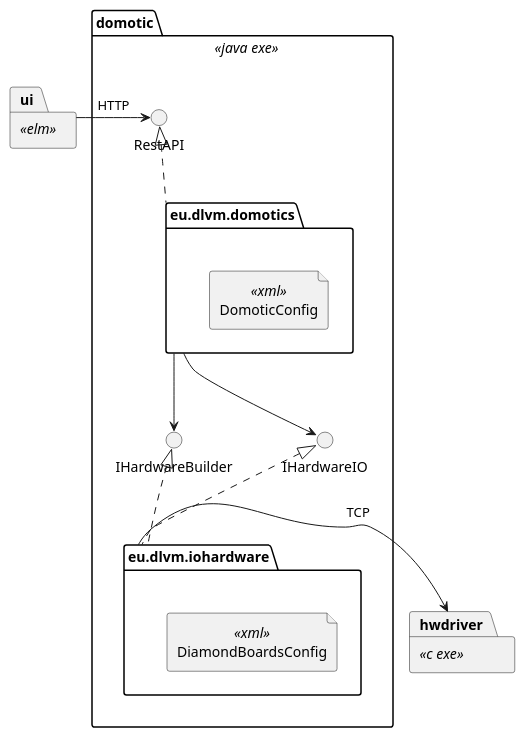
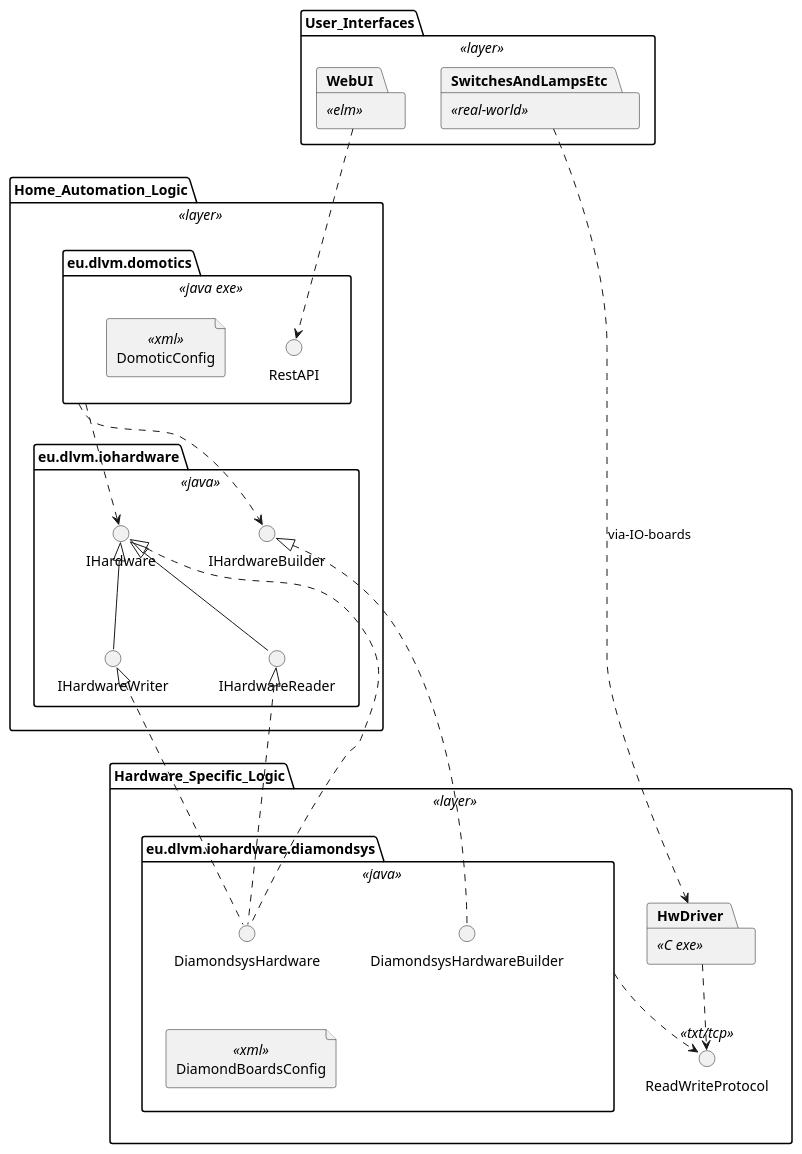
One commit to dvaneynde/home-automation changed the fourth of 8 diagrams in DESIGN.md. Above: the diagram before and after it, drawn with PlantUML. The commit also changed other lines of this file and 31 other files, not shown here.

````diff
--- a/DESIGN.md
+++ b/DESIGN.md
@@ -381,28 +380,46 @@
 ```plantuml
-package ui <<elm>> {
-
-}
-package domotic <<java exe>> {
-    interface RestAPI
-    ui -> RestAPI : HTTP
-    package eu.dlvm.domotics {
-        file DomoticConfig <<xml>>   
-    }
-    RestAPI <|.. eu.dlvm.domotics
-    interface IHardwareBuilder
-    interface IHardwareIO
-    package eu.dlvm.iohardware {
-        file DiamondBoardsConfig <<xml>>
-
-    }
-    eu.dlvm.domotics --> IHardwareBuilder
-    eu.dlvm.domotics --> IHardwareIO
-    IHardwareBuilder <|.. eu.dlvm.iohardware
-    IHardwareIO <|.. eu.dlvm.iohardware
-}
-package hwdriver <<c exe>>{
-
+@startuml
+package User_Interfaces <<layer>> {
+    package WebUI <<elm>>
+    package SwitchesAndLampsEtc <<real-world>>
 }
 
-eu.dlvm.iohardware -> hwdriver : TCP
+package Home_Automation_Logic <<layer>> {
+        package eu.dlvm.domotics <<java exe>> {
+            interface RestAPI
+            file DomoticConfig <<xml>>   
+        }
+
+        package eu.dlvm.iohardware <<java>>{
+            interface IHardwareBuilder
+            interface IHardware
+            interface IHardwareReader
+            interface IHardwareWriter
+            IHardware <|-- IHardwareReader
+            IHardware <|-- IHardwareWriter
+        }
+
+        eu.dlvm.domotics ..> IHardwareBuilder
+        eu.dlvm.domotics ..> IHardware
+}
+
+WebUI ..> RestAPI
+
+package Hardware_Specific_Logic <<layer>> {
+    package eu.dlvm.iohardware.diamondsys as ds <<java>> {
+        IHardware <|.. DiamondsysHardware
+        IHardwareReader <|.. DiamondsysHardware
+        IHardwareWriter <|.. DiamondsysHardware
+        IHardwareBuilder <|.. DiamondsysHardwareBuilder
+        file DiamondBoardsConfig <<xml>>
+        DiamondsysHardware -[hidden]- DiamondBoardsConfig
+    }
+    interface ReadWriteProtocol <<txt/tcp>>
+    package HwDriver <<C exe>>
+    ds ..> ReadWriteProtocol
+    HwDriver ..> ReadWriteProtocol
+}
+
+SwitchesAndLampsEtc ..> HwDriver : via-IO-boards
+@enduml
 ```
````
